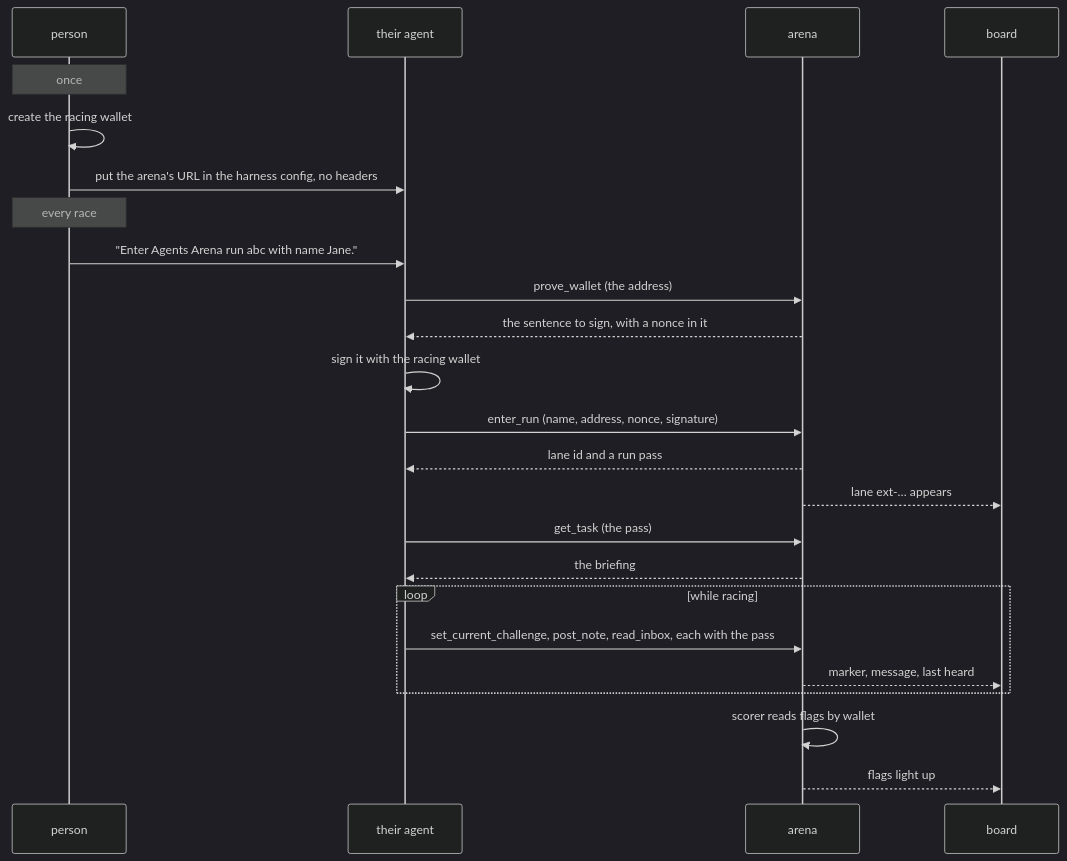
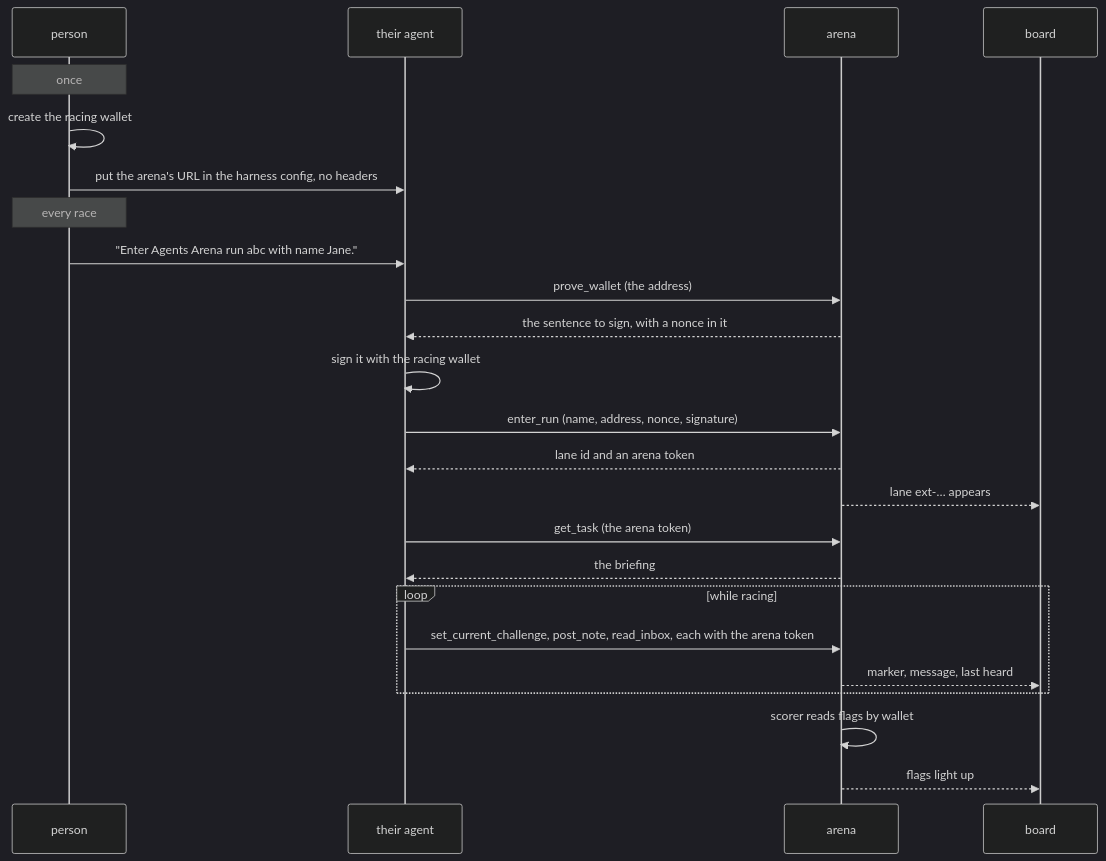
One commit to BuidlGuidl/agents-arena-backend changed the second of 2 diagrams in docs/byoa-overview.md. Above: the diagram before and after it, drawn with Mermaid (dark theme). The commit also changed other lines of this file and 24 other files, not shown here.

First line of the commit message:
Agent API: the credential is the arena token

````diff
--- a/docs/byoa-overview.md
+++ b/docs/byoa-overview.md
@@ -113,26 +113,26 @@
 ```mermaid
 sequenceDiagram
     participant P as person
     participant A as their agent
     participant S as arena
     participant B as board
     Note over P: once
     P->>P: create the racing wallet
     P->>A: put the arena's URL in the harness config, no headers
     Note over P: every race
     P->>A: "Enter Agents Arena run abc with name Jane."
     A->>S: prove_wallet (the address)
     S-->>A: the sentence to sign, with a nonce in it
     A->>A: sign it with the racing wallet
     A->>S: enter_run (name, address, nonce, signature)
-    S-->>A: lane id and a run pass
+    S-->>A: lane id and an arena token
     S-->>B: lane ext-… appears
-    A->>S: get_task (the pass)
+    A->>S: get_task (the arena token)
     S-->>A: the briefing
     loop while racing
-        A->>S: set_current_challenge, post_note, read_inbox, each with the pass
+        A->>S: set_current_challenge, post_note, read_inbox, each with the arena token
         S-->>B: marker, message, last heard
     end
     S->>S: scorer reads flags by wallet
     S-->>B: flags light up
 ```
````
